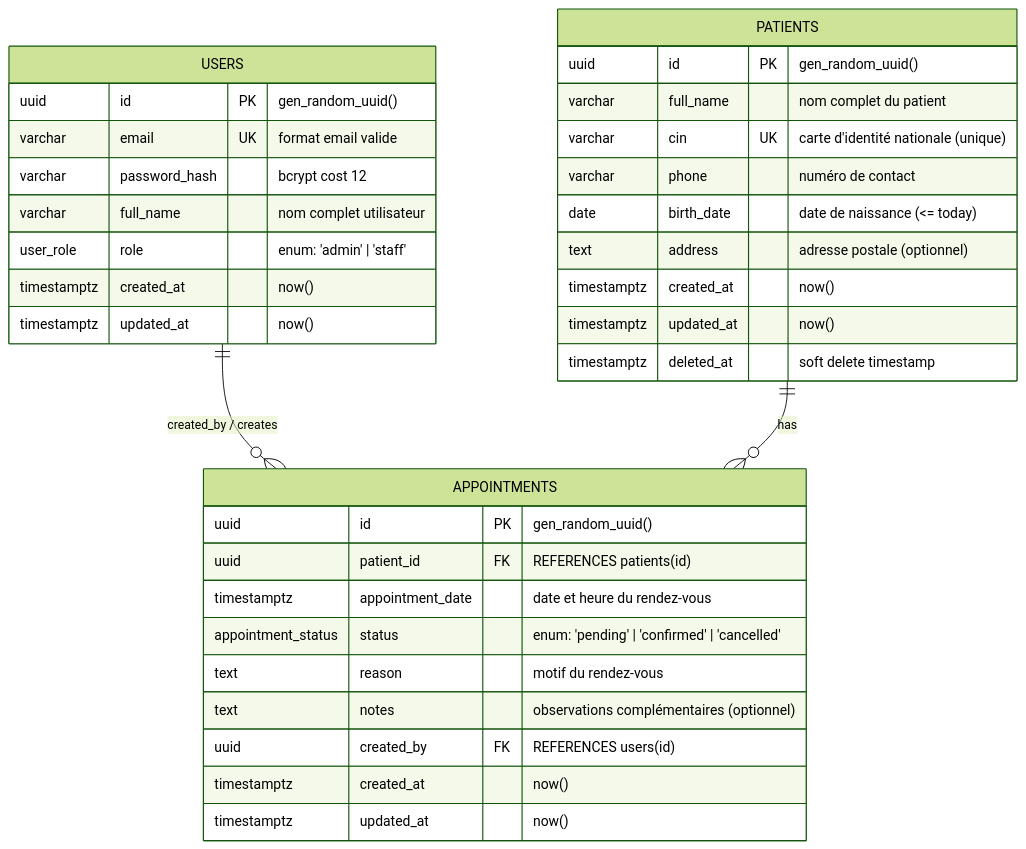
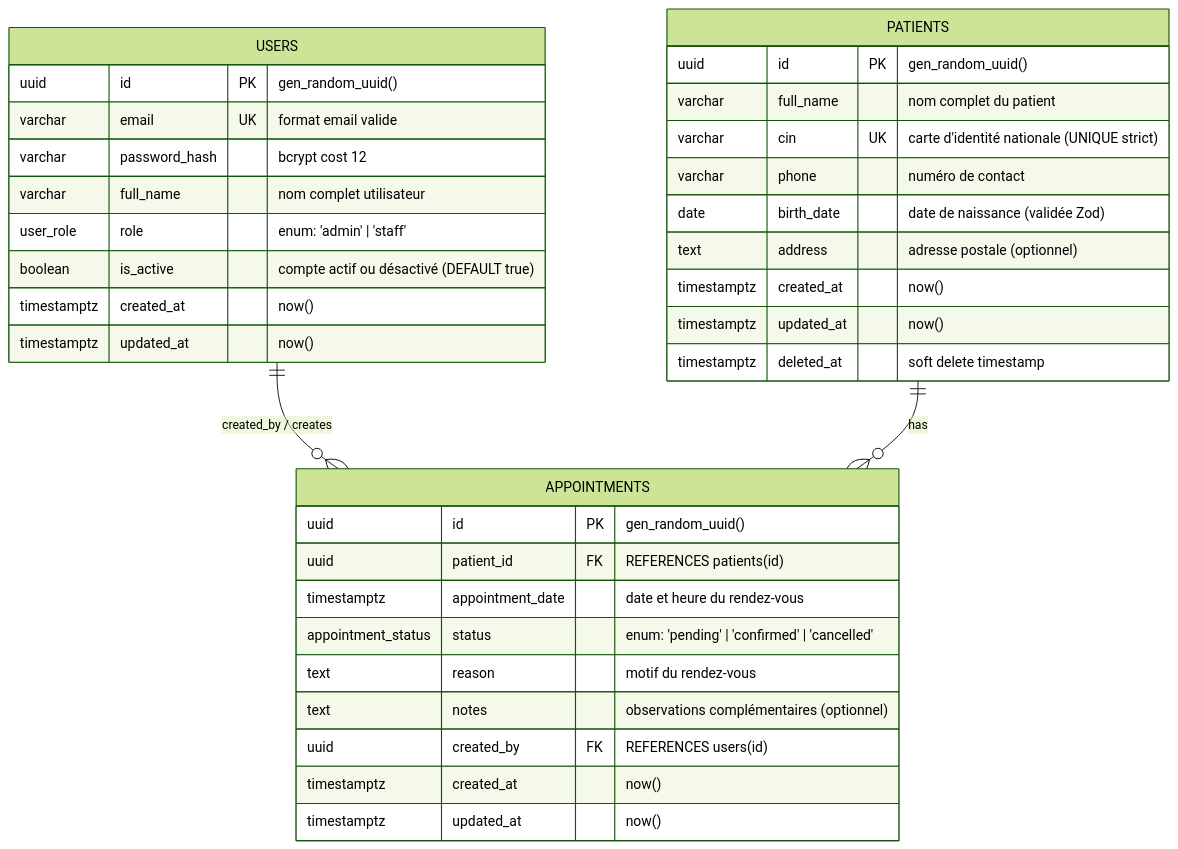
The diagram in docs/DESIGN.md (Abdouagu/ClinicFlow), drawn with Mermaid (forest theme) before and after one commit. The commit also changed other lines of this file, not shown here.

````diff
--- a/docs/DESIGN.md
+++ b/docs/DESIGN.md
@@ -9,39 +9,40 @@
 ```mermaid
 erDiagram
     USERS ||--o{ APPOINTMENTS : "created_by / creates"
     PATIENTS ||--o{ APPOINTMENTS : "has"
 
     USERS {
         uuid id PK "gen_random_uuid()"
         varchar email UK "format email valide"
         varchar password_hash "bcrypt cost 12"
         varchar full_name "nom complet utilisateur"
         user_role role "enum: 'admin' | 'staff'"
+        boolean is_active "compte actif ou désactivé (DEFAULT true)"
         timestamptz created_at "now()"
         timestamptz updated_at "now()"
     }
 
     PATIENTS {
         uuid id PK "gen_random_uuid()"
         varchar full_name "nom complet du patient"
-        varchar cin UK "carte d'identité nationale (unique)"
+        varchar cin UK "carte d'identité nationale (UNIQUE strict)"
         varchar phone "numéro de contact"
-        date birth_date "date de naissance (<= today)"
+        date birth_date "date de naissance (validée Zod)"
         text address "adresse postale (optionnel)"
         timestamptz created_at "now()"
         timestamptz updated_at "now()"
         timestamptz deleted_at "soft delete timestamp"
     }
 
     APPOINTMENTS {
         uuid id PK "gen_random_uuid()"
         uuid patient_id FK "REFERENCES patients(id)"
         timestamptz appointment_date "date et heure du rendez-vous"
         appointment_status status "enum: 'pending' | 'confirmed' | 'cancelled'"
         text reason "motif du rendez-vous"
         text notes "observations complémentaires (optionnel)"
         uuid created_by FK "REFERENCES users(id)"
         timestamptz created_at "now()"
         timestamptz updated_at "now()"
     }
 ```
````
